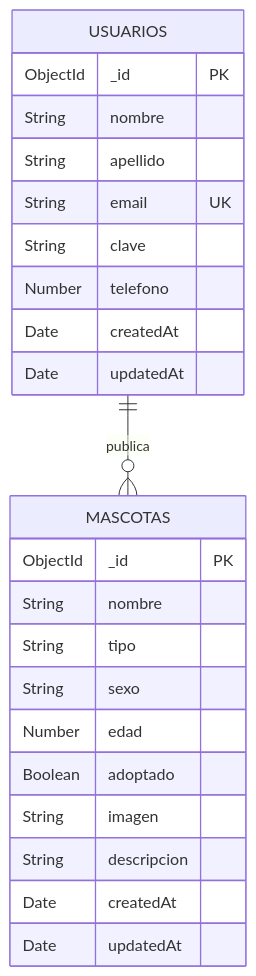
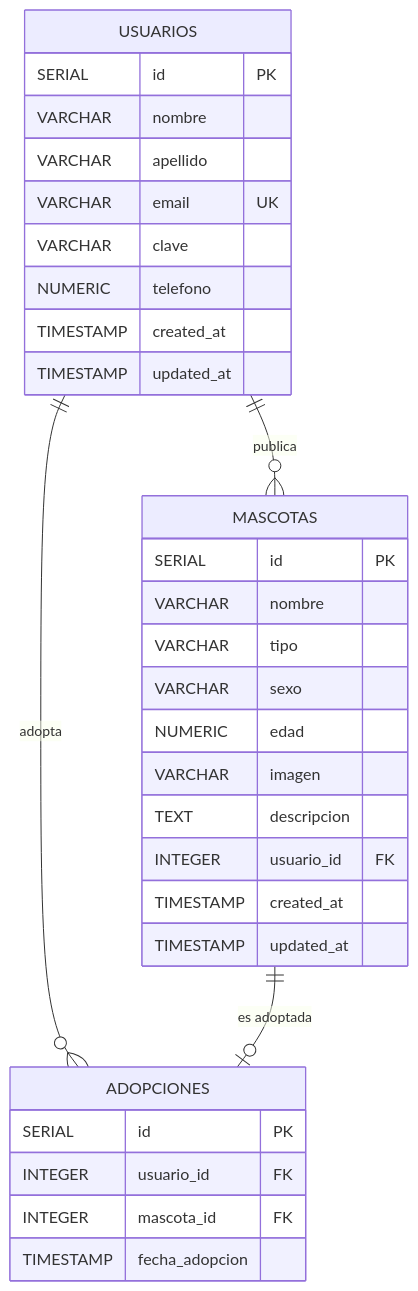
The first of 2 diagrams in readme.md (gabboIng/Animal-Friends-SQL), drawn with Mermaid before and after one commit. The commit also changed other lines of this file, not shown here.

````diff
--- a/readme.md
+++ b/readme.md
@@ -81,28 +100,37 @@
 ```mermaid
 erDiagram
     USUARIOS {
-        ObjectId _id PK
-        String nombre
-        String apellido
-        String email UK
-        String clave
-        Number telefono
-        Date createdAt
-        Date updatedAt
+        SERIAL id PK
+        VARCHAR nombre
+        VARCHAR apellido
+        VARCHAR email UK
+        VARCHAR clave
+        NUMERIC telefono
+        TIMESTAMP created_at
+        TIMESTAMP updated_at
     }
 
     MASCOTAS {
-        ObjectId _id PK
-        String nombre
-        String tipo
-        String sexo
-        Number edad
-        Boolean adoptado
-        String imagen
-        String descripcion
-        Date createdAt
-        Date updatedAt
+        SERIAL id PK
+        VARCHAR nombre
+        VARCHAR tipo
+        VARCHAR sexo
+        NUMERIC edad
+        VARCHAR imagen
+        TEXT descripcion
+        INTEGER usuario_id FK
+        TIMESTAMP created_at
+        TIMESTAMP updated_at
+    }
+
+    ADOPCIONES {
+        SERIAL id PK
+        INTEGER usuario_id FK
+        INTEGER mascota_id FK
+        TIMESTAMP fecha_adopcion
     }
 
     USUARIOS ||--o{ MASCOTAS : "publica"
+    USUARIOS ||--o{ ADOPCIONES : "adopta"
+    MASCOTAS ||--o| ADOPCIONES : "es adoptada"
 ```
````
